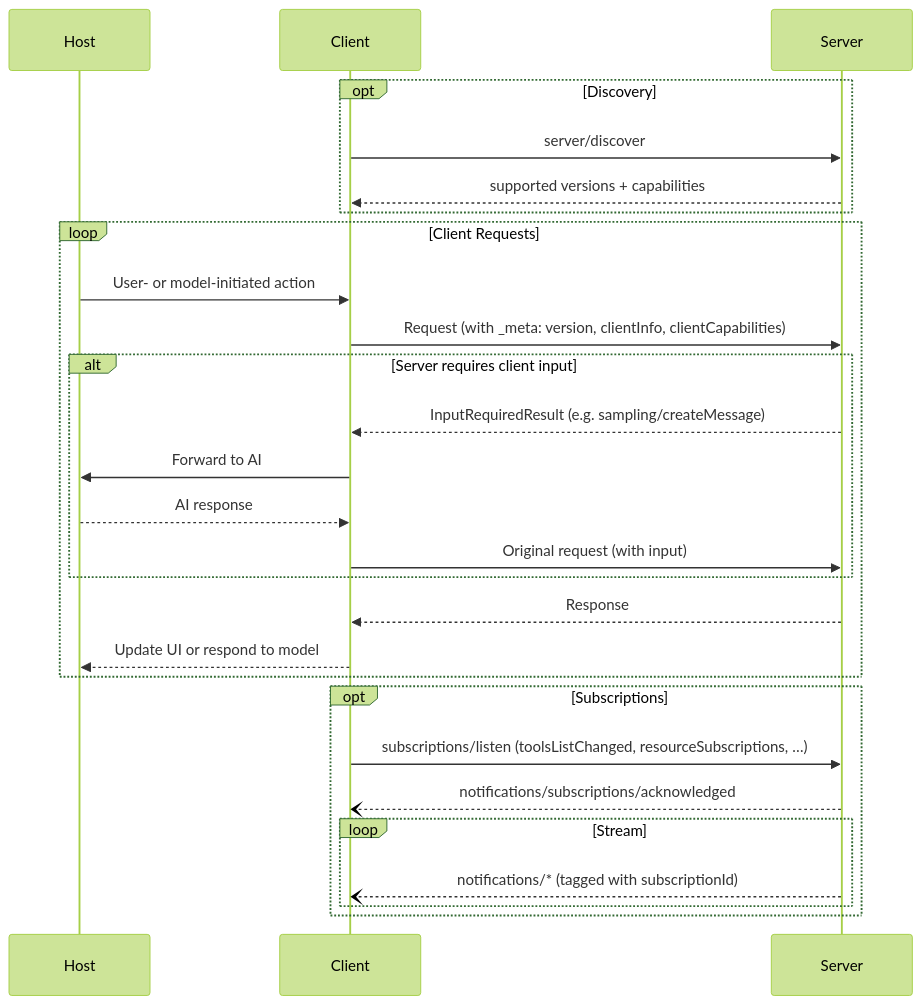
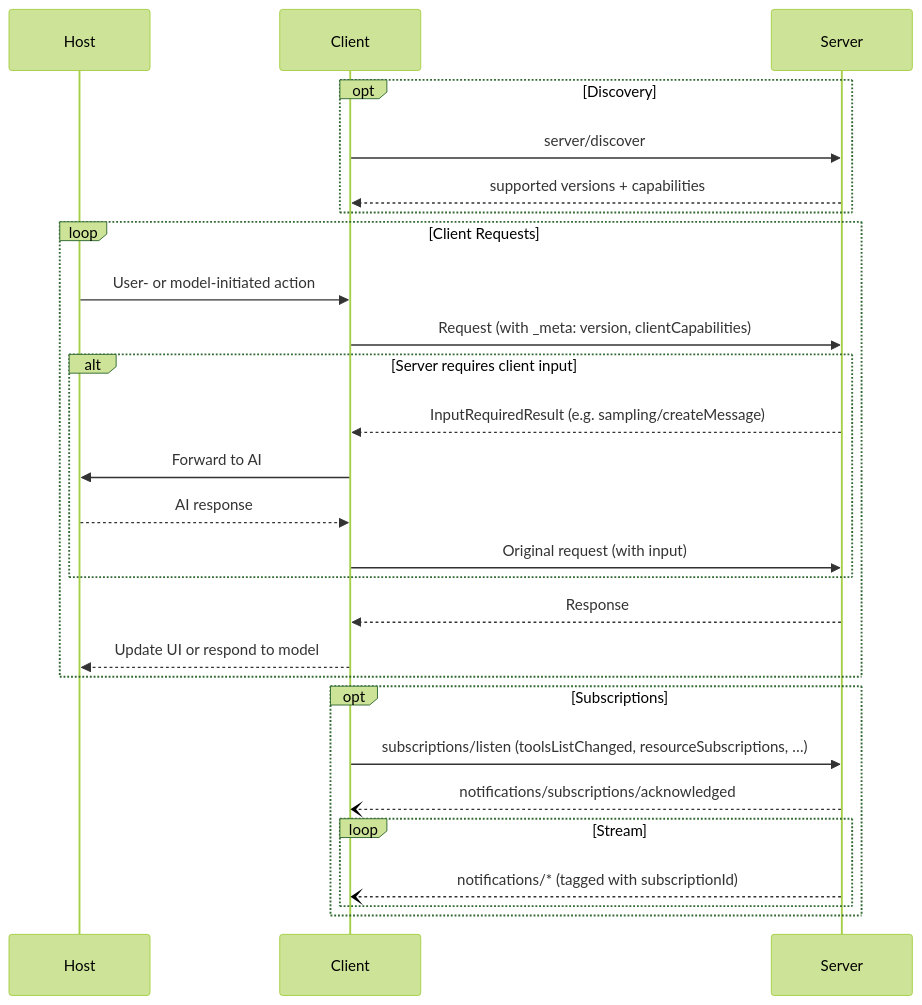
The second of 2 diagrams in frameworks/ai/modelcontextprotocol/content/specification/draft/architecture/_source_index.md (EladAriel/fullstack-llm-wiki), drawn with Mermaid (forest theme) before and after one commit. The commit also changed other lines of this file and 14854 other files, not shown here.

````diff
--- a/frameworks/ai/modelcontextprotocol/content/specification/draft/architecture/_source_index.md
+++ b/frameworks/ai/modelcontextprotocol/content/specification/draft/architecture/_source_index.md
@@ -144,32 +144,32 @@
 ```mermaid
 sequenceDiagram
     participant Host
     participant Client
     participant Server
 
     opt Discovery
         Client->>Server: server/discover
         Server-->>Client: supported versions + capabilities
     end
 
     loop Client Requests
         Host->>Client: User- or model-initiated action
-        Client->>Server: Request (with _meta: version, clientInfo, clientCapabilities)
+        Client->>Server: Request (with _meta: version, clientCapabilities)
         alt Server requires client input
             Server-->>Client: InputRequiredResult (e.g. sampling/createMessage)
             Client->>Host: Forward to AI
             Host-->>Client: AI response
             Client->>Server: Original request (with input)
         end
         Server-->>Client: Response
         Client-->>Host: Update UI or respond to model
     end
 
     opt Subscriptions
         Client->>Server: subscriptions/listen (toolsListChanged, resourceSubscriptions, …)
         Server--)Client: notifications/subscriptions/acknowledged
         loop Stream
             Server--)Client: notifications/* (tagged with subscriptionId)
         end
     end
 ```
````
